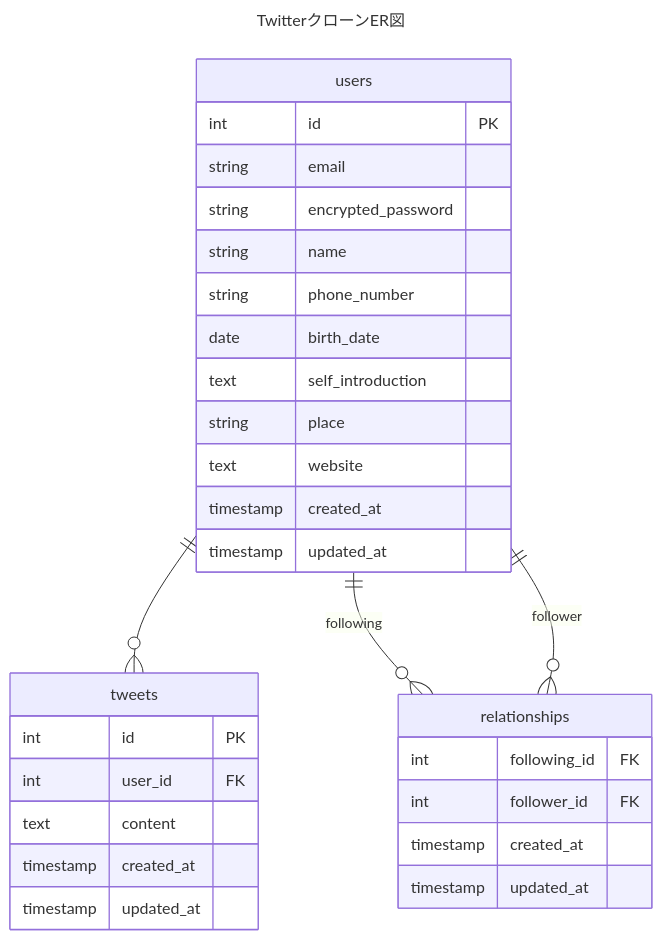
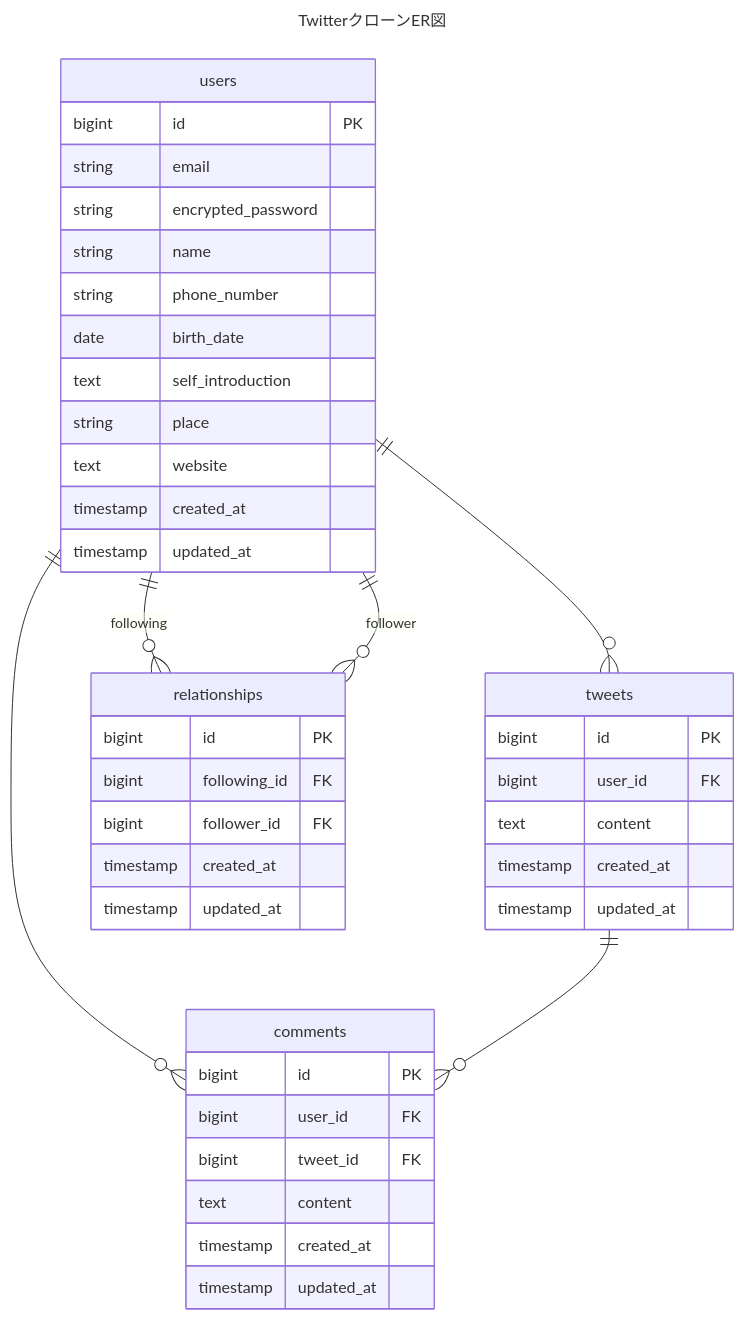
Before and after one commit to jin-hatanaka/twitter_clone: the diagram in README.md, drawn with Mermaid.

````diff
--- a/README.md
+++ b/README.md
@@ -28,38 +28,50 @@
 ```mermaid
 ---
 title: "TwitterクローンER図"
 ---
 erDiagram
     users ||--o{ tweets : ""
-    users ||--o{ relationships: "following"
-    users ||--o{ relationships: "follower"
+    users ||--o{ relationships : "following"
+    users ||--o{ relationships : "follower"
+    users ||--o{ comments : ""
+    tweets ||--o{ comments : ""
 
     users {
-        int id PK
+        bigint id PK
         string email
         string encrypted_password
         string name
         string phone_number
         date birth_date
         text self_introduction
         string place
         text website
         timestamp created_at
         timestamp updated_at
     }
 
     tweets {
-        int id PK
-        int user_id FK
+        bigint id PK
+        bigint user_id FK
         text content
         timestamp created_at
         timestamp updated_at
     }
 
     relationships {
-        int following_id FK
-        int follower_id FK
+        bigint id PK
+        bigint following_id FK
+        bigint follower_id FK
+        timestamp created_at
+        timestamp updated_at
+    }
+
+    comments {
+        bigint id PK
+        bigint user_id FK
+        bigint tweet_id FK
+        text content
         timestamp created_at
         timestamp updated_at
     }
 ```
````
